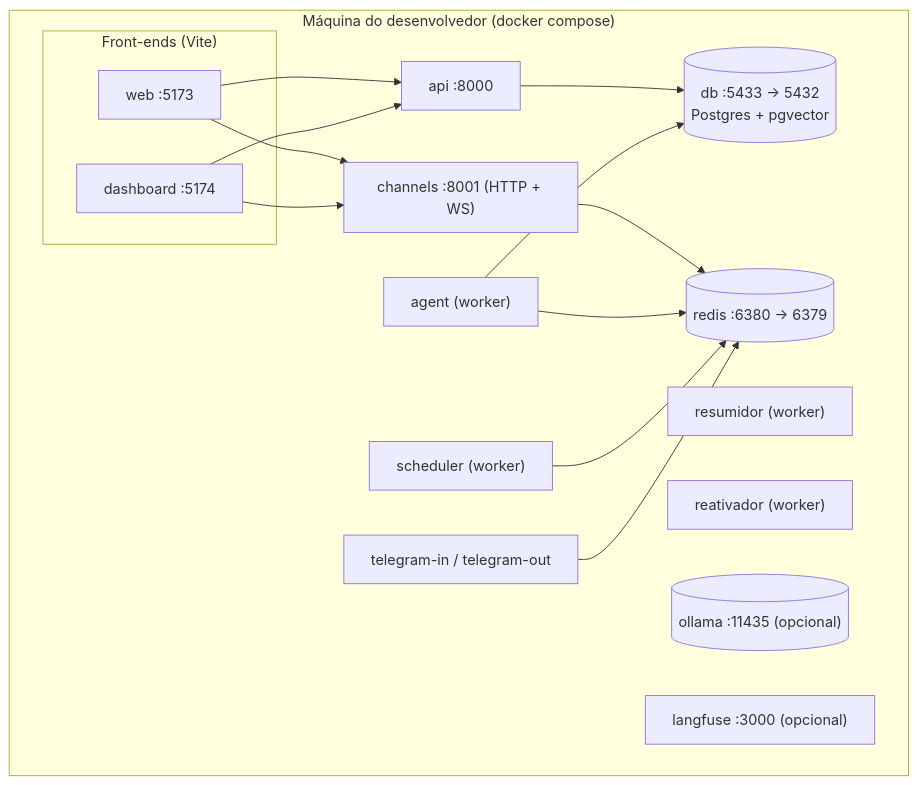
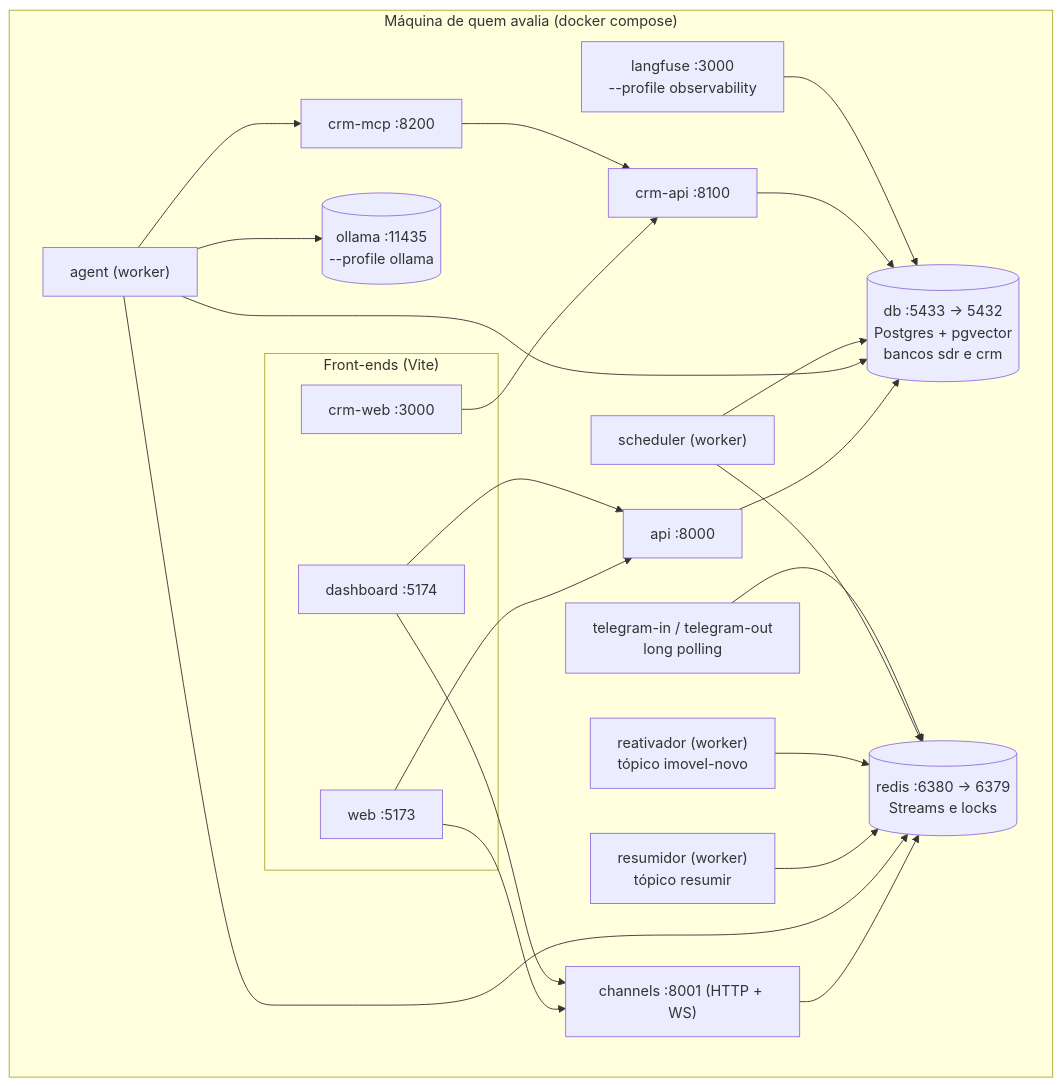
The diagram in docs/architecture/diagramas.md (marcosvrc/agent-sdr-imoveis-mora), drawn with Mermaid before and after one commit. The commit also changed other lines of this file and 188 other files, not shown here.

````diff
--- a/docs/architecture/diagramas.md
+++ b/docs/architecture/diagramas.md
@@ -10,30 +13,42 @@
 ```mermaid
 flowchart TB
-  subgraph Host["Máquina do desenvolvedor (docker compose)"]
+  subgraph Host["Máquina de quem avalia (docker compose)"]
     subgraph Front["Front-ends (Vite)"]
       W["web :5173"]
       D["dashboard :5174"]
+      CW["crm-web :3000"]
     end
     A["api :8000"]
     C["channels :8001 (HTTP + WS)"]
     AG["agent (worker)"]
-    RS["resumidor (worker)"]
-    RT["reativador (worker)"]
+    RS["resumidor (worker)<br/>tópico resumir"]
+    RT["reativador (worker)<br/>tópico imovel-novo"]
     SC["scheduler (worker)"]
-    TI["telegram-in / telegram-out"]
-    PG[("db :5433 → 5432<br/>Postgres + pgvector")]
-    RD[("redis :6380 → 6379")]
-    OL[("ollama :11435 (opcional)")]
-    LF["langfuse :3000 (opcional)"]
+    TI["telegram-in / telegram-out<br/>long polling"]
+    CA["crm-api :8100"]
+    CM["crm-mcp :8200"]
+    PG[("db :5433 → 5432<br/>Postgres + pgvector<br/>bancos sdr e crm")]
+    RD[("redis :6380 → 6379<br/>Streams e locks")]
+    OL[("ollama :11435<br/>--profile ollama")]
+    LF["langfuse :3000<br/>--profile observability"]
   end
   W --> A
   W --> C
   D --> A
   D --> C
+  CW --> CA
   A --> PG
   C --> RD
   AG --> RD
   AG --> PG
+  AG --> OL
+  AG --> CM
+  RS --> RD
+  RT --> RD
   SC --> RD
+  SC --> PG
   TI --> RD
+  CM --> CA
+  CA --> PG
+  LF --> PG
 ```
````
